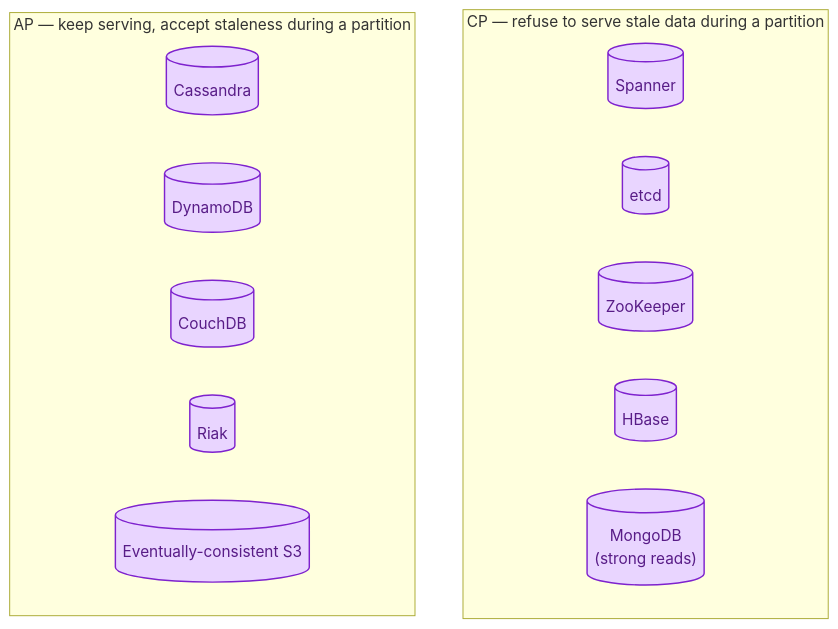
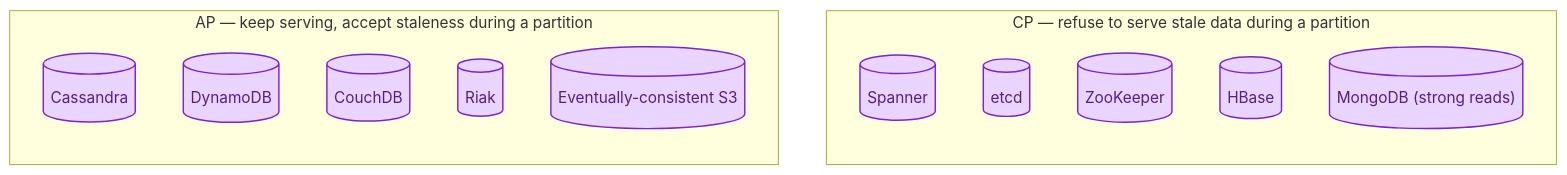
The second of 3 diagrams in _sd_concepts/016-cap-theorem.md (shiningflash/shiningflash.github.io), drawn with Mermaid before and after one commit. The commit also changed 8 other files, not shown here.

First line of the commit message:
Fix diagrams that rendered cramped at column width

````diff
--- a/_sd_concepts/016-cap-theorem.md
+++ b/_sd_concepts/016-cap-theorem.md
@@ -57,22 +57,22 @@
 ```mermaid
 flowchart TB
     subgraph CP["CP — refuse to serve stale data during a partition"]
-        direction LR
+        direction TB
         CP1[("Spanner")]:::store
         CP2[("etcd")]:::store
         CP3[("ZooKeeper")]:::store
         CP4[("HBase")]:::store
-        CP5[("MongoDB<br/>(strong reads)")]:::store
+        CP5[("MongoDB (strong reads)")]:::store
     end
 
     subgraph AP["AP — keep serving, accept staleness during a partition"]
-        direction LR
+        direction TB
         AP1[("Cassandra")]:::store
         AP2[("DynamoDB")]:::store
         AP3[("CouchDB")]:::store
         AP4[("Riak")]:::store
         AP5[("Eventually-consistent S3")]:::store
     end
 
     classDef store fill:#e9d5ff,stroke:#7e22ce,color:#581c87,stroke-width:1.5px
 ```
````
